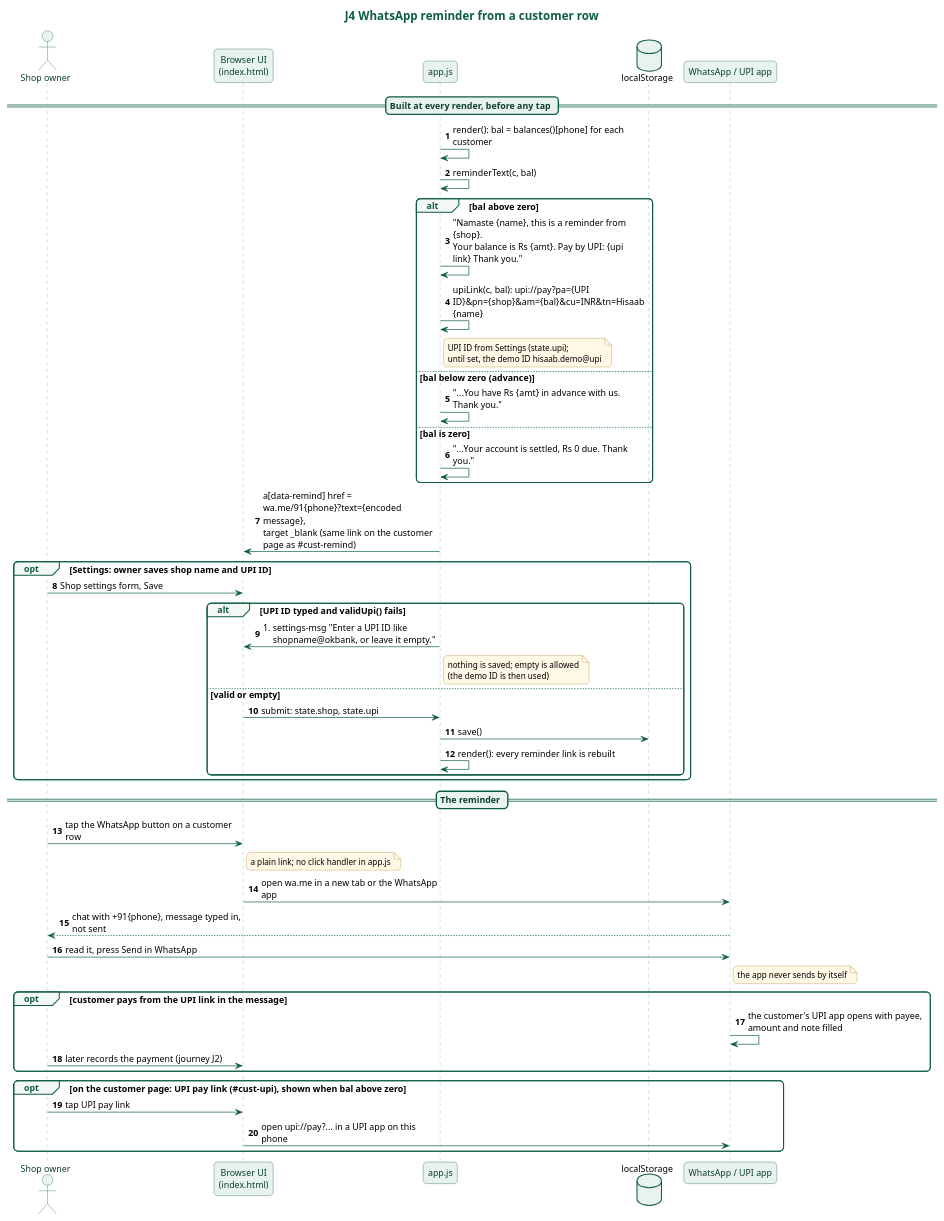
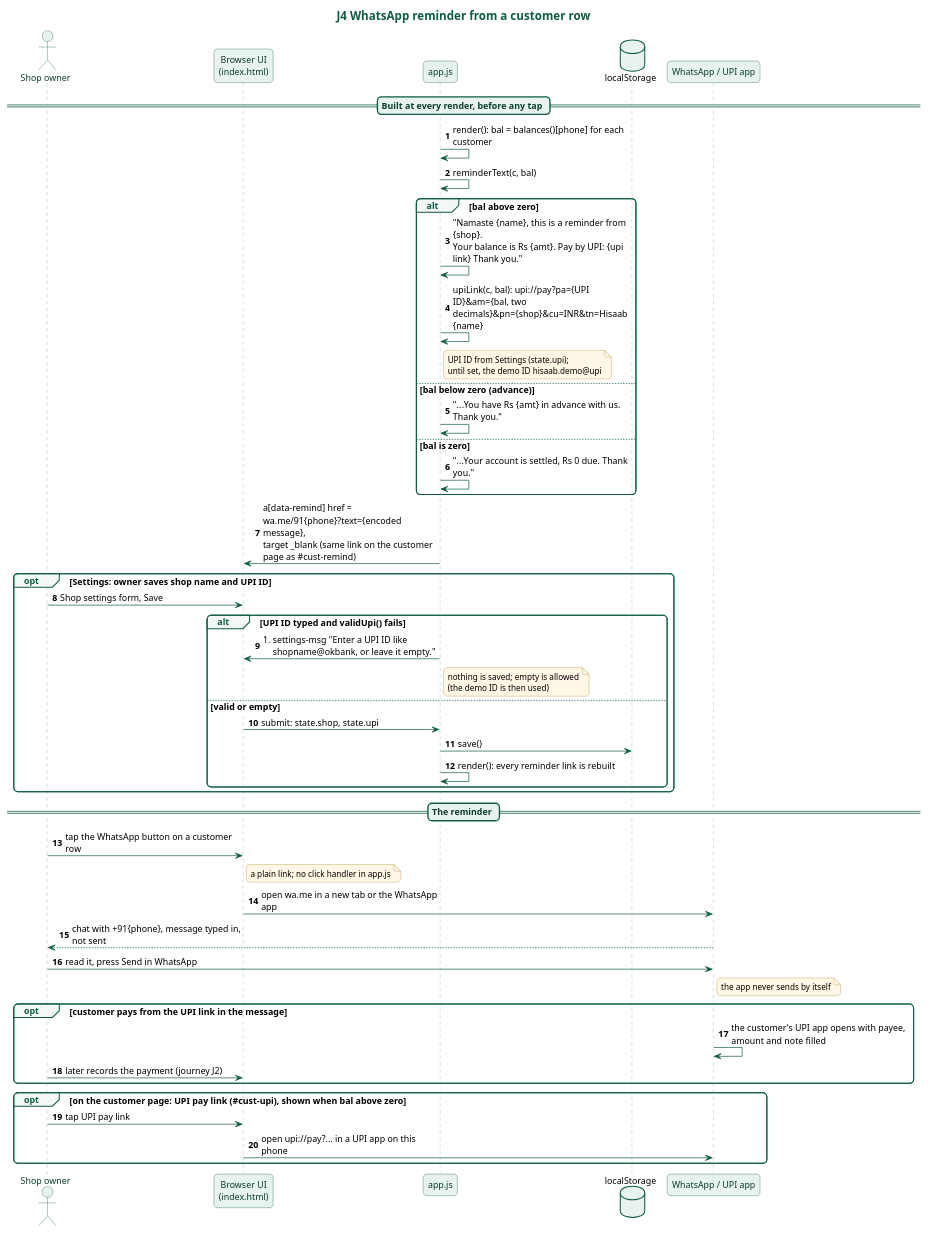
The diagram in docs/diagrams/j4-whatsapp-reminder.puml (karwasanjay007/hisaab-docs), drawn with PlantUML before and after one commit. The commit also changed 10 other files, not shown here.

First line of the commit message:
Journeys J1, J4, J8, J10 and J11 walked against the code and corrected; five diagrams re-rendered

```diff
--- a/docs/diagrams/j4-whatsapp-reminder.puml
+++ b/docs/diagrams/j4-whatsapp-reminder.puml
@@ -1,85 +1,85 @@
 @startuml j4-whatsapp-reminder
 title J4 WhatsApp reminder from a customer row
 skinparam backgroundColor white
 skinparam defaultFontName "Noto Sans"
 skinparam defaultFontSize 13
 skinparam roundCorner 12
 skinparam shadowing false
 skinparam maxMessageSize 260
 skinparam titleFontSize 17
 skinparam titleFontColor #0E5C45
 skinparam sequenceMessageAlign left
 skinparam responseMessageBelowArrow true
 skinparam sequence {
   ArrowColor #0E5C45
   LifeLineBorderColor #7FA89A
   LifeLineBackgroundColor #E8F2EE
   ParticipantBorderColor #0E5C45
   ParticipantBackgroundColor #E8F2EE
   ParticipantFontColor #0B3D2E
   ActorBorderColor #0E5C45
   ActorBackgroundColor #E8F2EE
   ActorFontColor #0B3D2E
   GroupBorderColor #0E5C45
   GroupHeaderFontColor #0E5C45
   GroupBackgroundColor #F3F8F6
   DividerBorderColor #0E5C45
   DividerBackgroundColor #E8F2EE
   DividerFontColor #0B3D2E
   BoxBorderColor #0E5C45
 }
 skinparam database {
   BorderColor #0E5C45
   BackgroundColor #E8F2EE
 }
 skinparam note {
   BorderColor #B08A2E
   BackgroundColor #FFF8E6
   FontSize 12
 }
 actor "Shop owner" as Owner
 participant "Browser UI\n(index.html)" as UI
 participant "app.js" as App
 database "localStorage" as LS
 participant "WhatsApp / UPI app" as WA
 autonumber
 == Built at every render, before any tap ==
 App -> App : render(): bal = balances()[phone] for each customer
 App -> App : reminderText(c, bal)
 alt bal above zero
   App -> App : "Namaste {name}, this is a reminder from {shop}.\nYour balance is Rs {amt}. Pay by UPI: {upi link} Thank you."
-  App -> App : upiLink(c, bal): upi:~//pay?pa={UPI ID}&pn={shop}&am={bal}&cu=INR&tn=Hisaab {name}
+  App -> App : upiLink(c, bal): upi:~//pay?pa={UPI ID}&am={bal, two decimals}&pn={shop}&cu=INR&tn=Hisaab {name}
   note right of App : UPI ID from Settings (state.upi);\nuntil set, the demo ID hisaab.demo@upi
 else bal below zero (advance)
   App -> App : "...You have Rs {amt} in advance with us. Thank you."
 else bal is zero
   App -> App : "...Your account is settled, Rs 0 due. Thank you."
 end
 App -> UI : a[data-remind] href = wa.me/91{phone}?text={encoded message},\ntarget _blank (same link on the customer page as #cust-remind)
 opt Settings: owner saves shop name and UPI ID
   Owner -> UI : Shop settings form, Save
   alt UPI ID typed and validUpi() fails
     App -> UI : #settings-msg "Enter a UPI ID like shopname@okbank, or leave it empty."
     note right of App : nothing is saved; empty is allowed\n(the demo ID is then used)
   else valid or empty
     UI -> App : submit: state.shop, state.upi
     App -> LS : save()
     App -> App : render(): every reminder link is rebuilt
   end
 end
 == The reminder ==
 Owner -> UI : tap the WhatsApp button on a customer row
 note right of UI : a plain link; no click handler in app.js
 UI -> WA : open wa.me in a new tab or the WhatsApp app
 WA --> Owner : chat with +91{phone}, message typed in, not sent
 Owner -> WA : read it, press Send in WhatsApp
 note right of WA : the app never sends by itself
 opt customer pays from the UPI link in the message
   WA -> WA : the customer's UPI app opens with payee, amount and note filled
   Owner -> UI : later records the payment (journey J2)
 end
 opt on the customer page: UPI pay link (#cust-upi), shown when bal above zero
   Owner -> UI : tap UPI pay link
   UI -> WA : open upi:~//pay?... in a UPI app on this phone
 end
 @enduml
```
